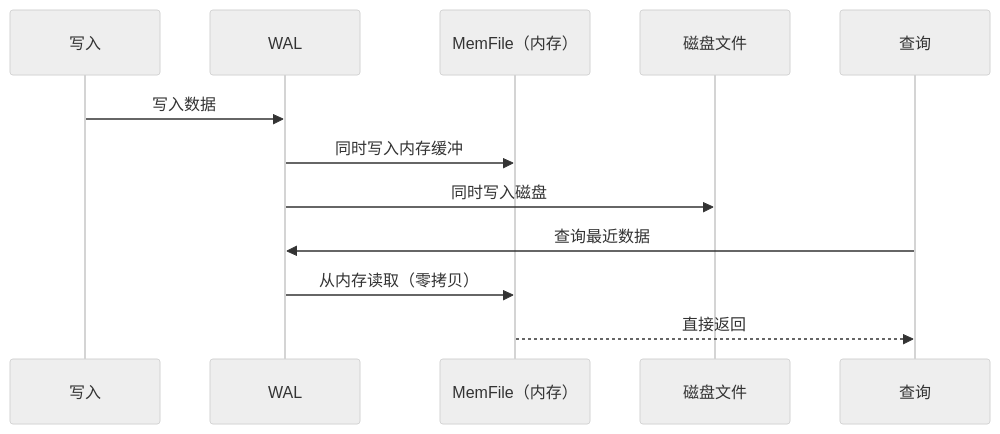
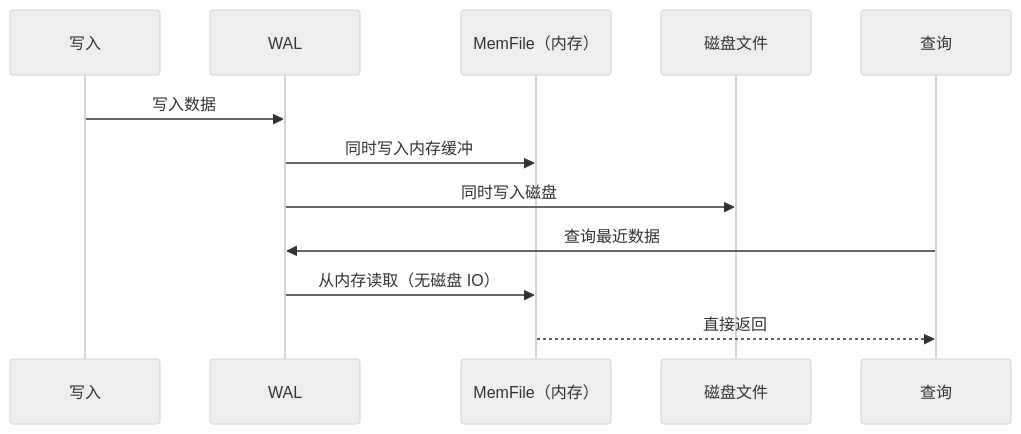
The sixth of 9 diagrams in docs/specs/16_shelf_wal_spec.md (stefanv5/openGemini), drawn with Mermaid (neutral theme) before and after one commit. The commit also changed other lines of this file and 37 other files, not shown here.

````diff
--- a/docs/specs/16_shelf_wal_spec.md
+++ b/docs/specs/16_shelf_wal_spec.md
@@ -294,16 +313,16 @@
 ```mermaid
 sequenceDiagram
     participant Write as 写入
     participant WAL as WAL
     participant MemFile as MemFile（内存）
     participant Disk as 磁盘文件
     participant Query as 查询
 
     Write->>WAL: 写入数据
     WAL->>MemFile: 同时写入内存缓冲
     WAL->>Disk: 同时写入磁盘
 
     Query->>WAL: 查询最近数据
-    WAL->>MemFile: 从内存读取（零拷贝）
+    WAL->>MemFile: 从内存读取（无磁盘 IO）
     MemFile-->>Query: 直接返回
 ```
````
